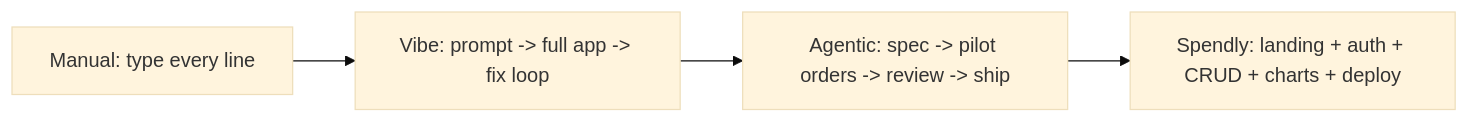
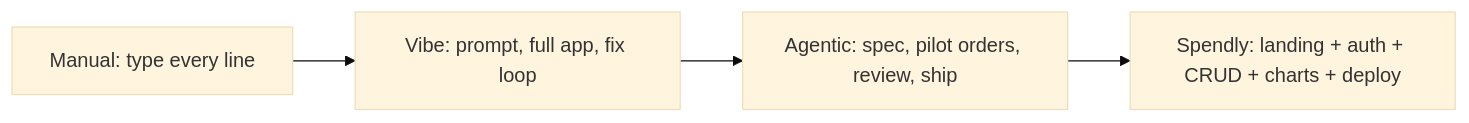
The diagram in AI-Engineering/Claude-Code/notes/01-Foundations-Vibe-Vs-Agentic.md (lakshay-goyal/learning-phase), drawn with Mermaid (base theme) before and after one commit. The commit also changed other lines of this file and 39 other files, not shown here.

````diff
--- a/AI-Engineering/Claude-Code/notes/01-Foundations-Vibe-Vs-Agentic.md
+++ b/AI-Engineering/Claude-Code/notes/01-Foundations-Vibe-Vs-Agentic.md
@@ -66,6 +69,6 @@
 ```mermaid
 flowchart LR
-  A[Manual: type every line] --> B[Vibe: prompt -> full app -> fix loop]
-  B --> C[Agentic: spec -> pilot orders -> review -> ship]
+  A[Manual: type every line] --> B[Vibe: prompt, full app, fix loop]
+  B --> C[Agentic: spec, pilot orders, review, ship]
   C --> D[Spendly: landing + auth + CRUD + charts + deploy]
 ```
````
